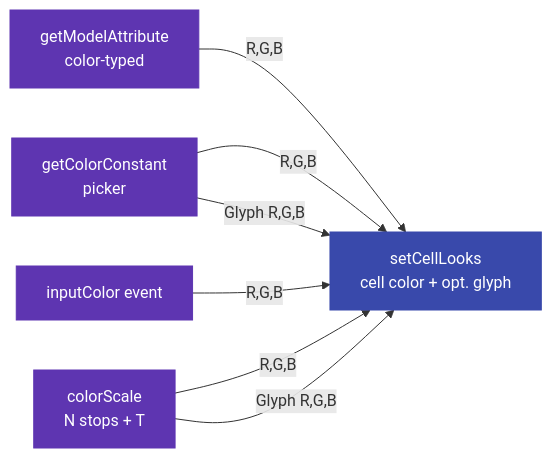
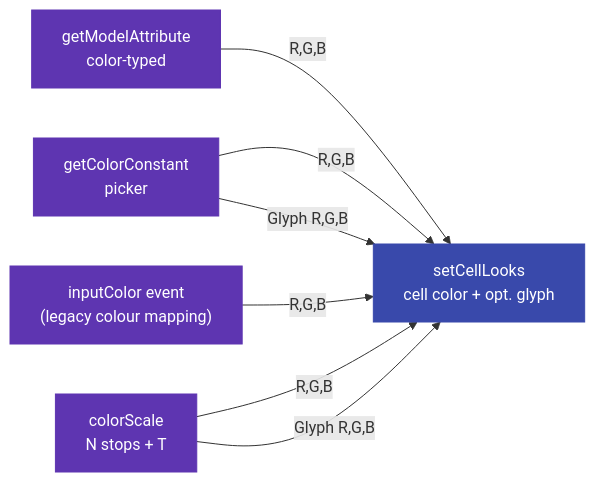
One commit to rff255/GenesisCA changed the third of 4 diagrams in docs/NODES_REFERENCE.md. Above: the diagram before and after it, drawn with Mermaid. The commit also changed other lines of this file and 10 other files, not shown here.

````diff
--- a/docs/NODES_REFERENCE.md
+++ b/docs/NODES_REFERENCE.md
@@ -538,14 +551,14 @@
 ```mermaid
 graph LR
   classDef prod fill:#5e35b1,stroke:#5e35b1,color:#fff
   classDef cons fill:#3949ab,stroke:#3949ab,color:#fff
 
   A[getColorConstant<br/>picker]:::prod -- R,G,B --> C
   B[getModelAttribute<br/>color-typed]:::prod -- R,G,B --> C
   D[colorScale<br/>N stops + T]:::prod -- R,G,B --> C
-  E[inputColor event]:::prod -- R,G,B --> C
+  E["inputColor event<br/>(legacy colour mapping)"]:::prod -- R,G,B --> C
 
   C[setCellLooks<br/>cell color + opt. glyph]:::cons
   A -- Glyph R,G,B --> C
   D -- Glyph R,G,B --> C
 ```
````
